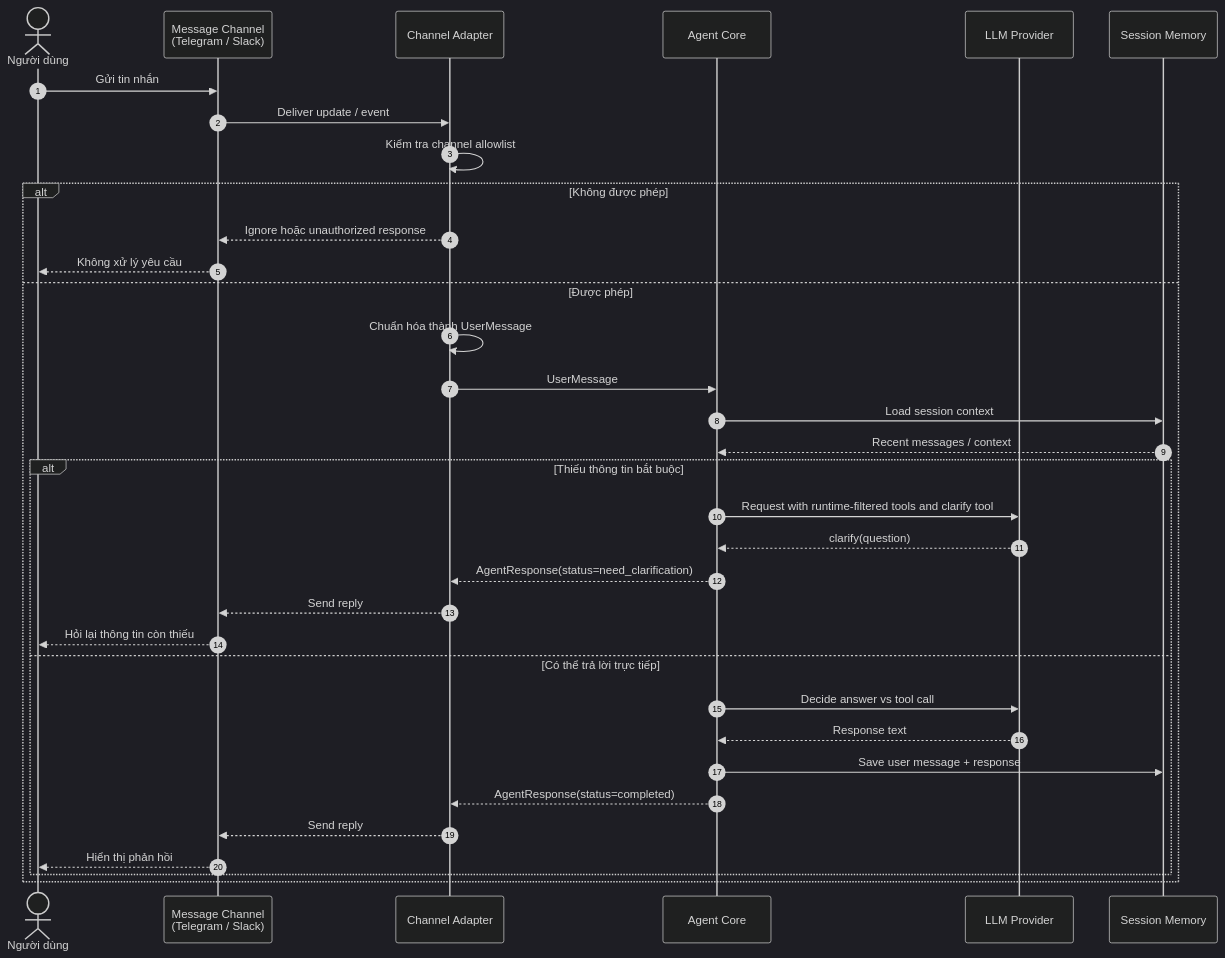
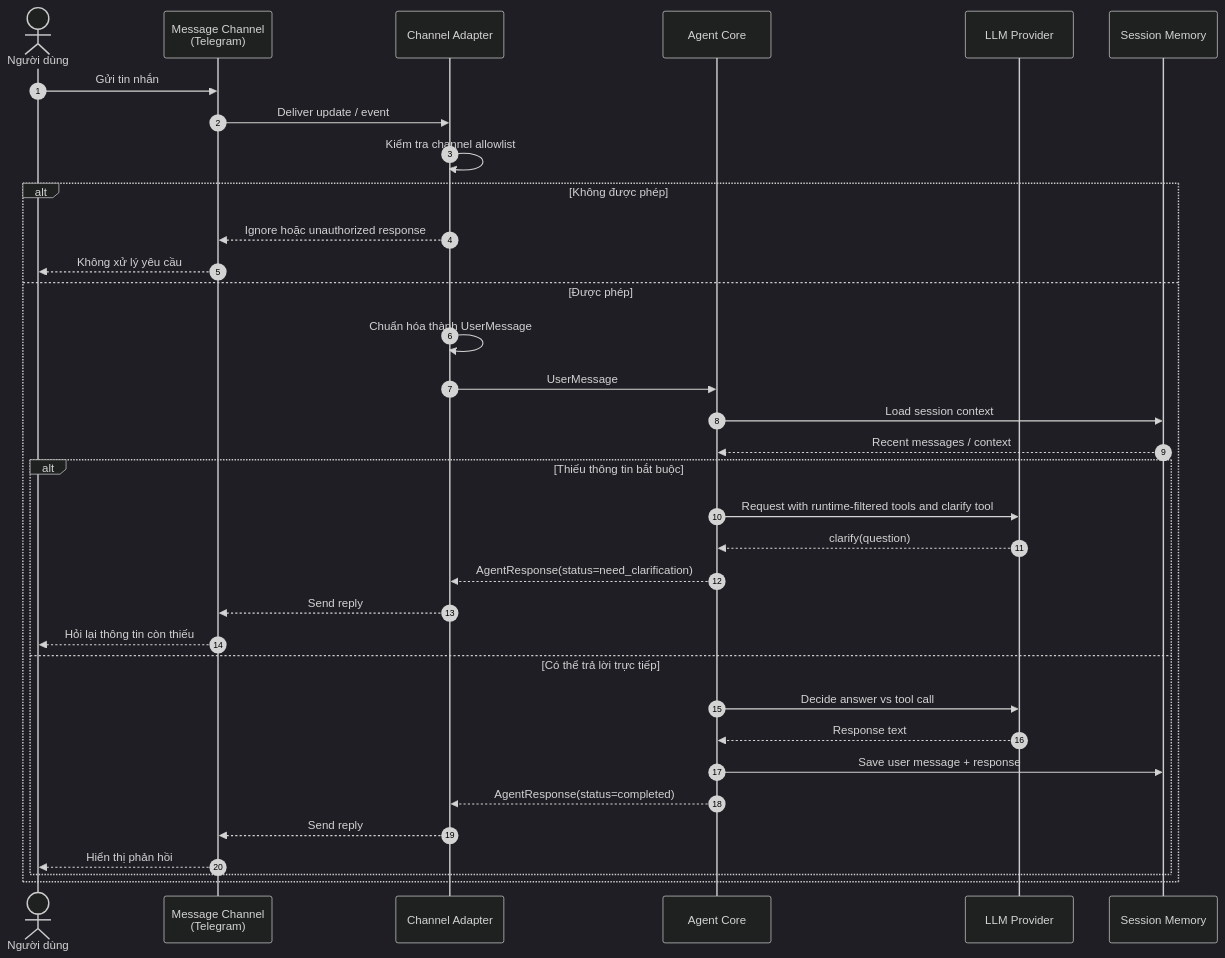
The diagram in docs/scenarios/01-channel-message.md (AI26-V-Claw/V-Claw), drawn with Mermaid (dark theme) before and after one commit. The commit also changed other lines of this file and 29 other files, not shown here.

````diff
--- a/docs/scenarios/01-channel-message.md
+++ b/docs/scenarios/01-channel-message.md
@@ -17,42 +17,42 @@
 ```mermaid
 sequenceDiagram
     autonumber
 
     actor User as Người dùng
-    participant Channel as Message Channel<br/>(Telegram / Slack)
+    participant Channel as Message Channel<br/>(Telegram)
     participant Adapter as Channel Adapter
     participant Agent as Agent Core
     participant LLM as LLM Provider
     participant Memory as Session Memory
 
     User->>Channel: Gửi tin nhắn
     Channel->>Adapter: Deliver update / event
 
     Adapter->>Adapter: Kiểm tra channel allowlist
 
     alt Không được phép
         Adapter-->>Channel: Ignore hoặc unauthorized response
         Channel-->>User: Không xử lý yêu cầu
     else Được phép
         Adapter->>Adapter: Chuẩn hóa thành UserMessage
         Adapter->>Agent: UserMessage
 
         Agent->>Memory: Load session context
         Memory-->>Agent: Recent messages / context
 
         alt Thiếu thông tin bắt buộc
             Agent->>LLM: Request with runtime-filtered tools and clarify tool
             LLM-->>Agent: clarify(question)
             Agent-->>Adapter: AgentResponse(status=need_clarification)
             Adapter-->>Channel: Send reply
             Channel-->>User: Hỏi lại thông tin còn thiếu
         else Có thể trả lời trực tiếp
             Agent->>LLM: Decide answer vs tool call
             LLM-->>Agent: Response text
             Agent->>Memory: Save user message + response
             Agent-->>Adapter: AgentResponse(status=completed)
             Adapter-->>Channel: Send reply
             Channel-->>User: Hiển thị phản hồi
         end
     end
 ```
````
